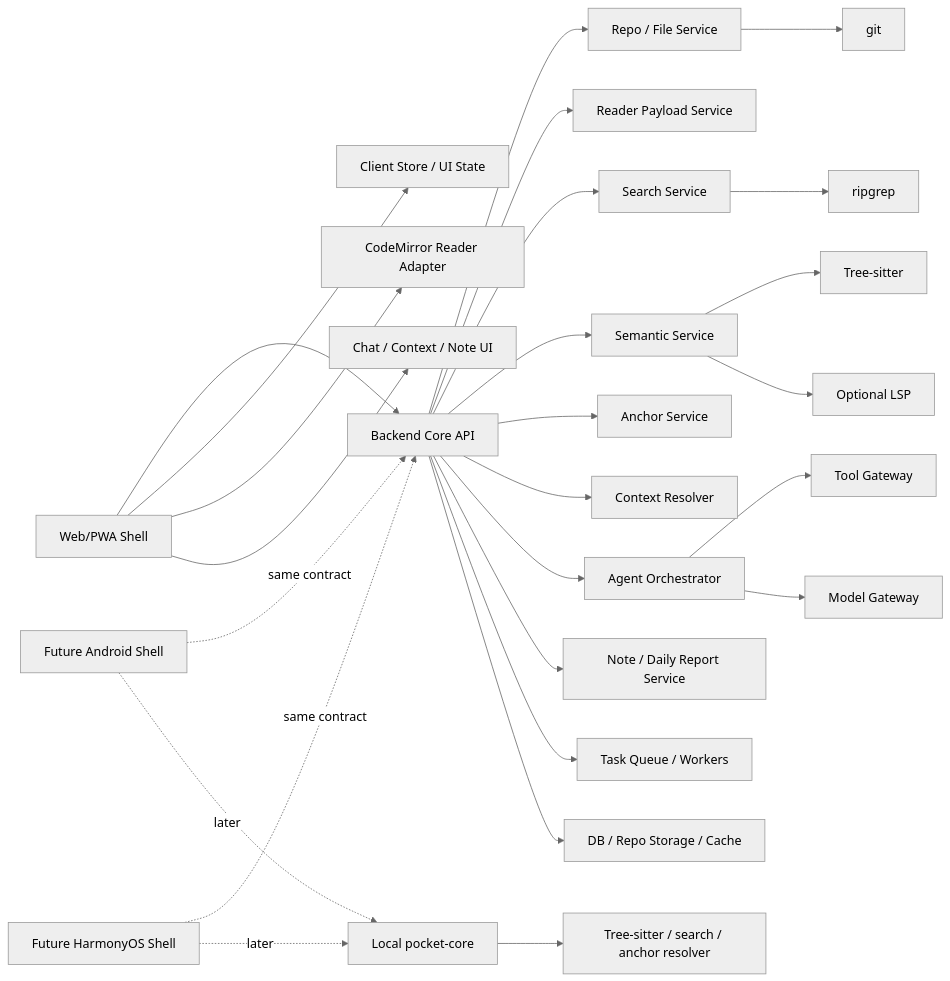
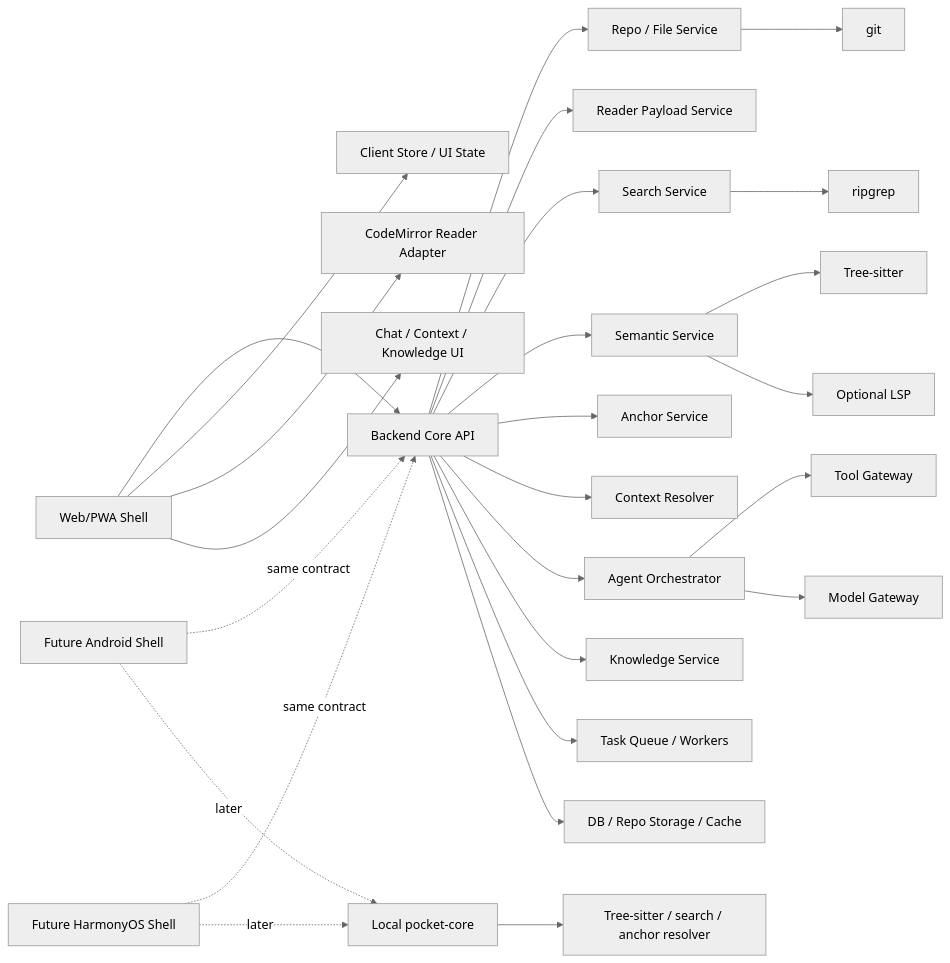
Before and after one commit to zhang-quan-yi/pocket-vibe-v3: the first of 4 diagrams in docs/POCKET_VIBE_WEB_PWA_HIGH_LEVEL_AND_MODULE_DESIGN.md, drawn with Mermaid (neutral theme). The commit also changed other lines of this file and 13 other files, not shown here.

````diff
--- a/docs/POCKET_VIBE_WEB_PWA_HIGH_LEVEL_AND_MODULE_DESIGN.md
+++ b/docs/POCKET_VIBE_WEB_PWA_HIGH_LEVEL_AND_MODULE_DESIGN.md
@@ -70,32 +70,32 @@
 ```mermaid
 flowchart LR
   Web["Web/PWA Shell"] --> Api["Backend Core API"]
   Android["Future Android Shell"] -. same contract .-> Api
   Harmony["Future HarmonyOS Shell"] -. same contract .-> Api
 
   Web --> FrontendState["Client Store / UI State"]
   Web --> Reader["CodeMirror Reader Adapter"]
-  Web --> ChatUI["Chat / Context / Note UI"]
+  Web --> ChatUI["Chat / Context / Knowledge UI"]
 
   Api --> Repo["Repo / File Service"]
   Api --> ReaderPayload["Reader Payload Service"]
   Api --> Search["Search Service"]
   Api --> Semantic["Semantic Service"]
   Api --> Anchor["Anchor Service"]
   Api --> Context["Context Resolver"]
   Api --> Agent["Agent Orchestrator"]
-  Api --> Note["Note / Daily Report Service"]
+  Api --> Knowledge["Knowledge Service"]
   Api --> Task["Task Queue / Workers"]
   Api --> Storage["DB / Repo Storage / Cache"]
 
   Repo --> Git["git"]
   Search --> Ripgrep["ripgrep"]
   Semantic --> TreeSitter["Tree-sitter"]
   Semantic --> LSP["Optional LSP"]
   Agent --> ToolGateway["Tool Gateway"]
   Agent --> ModelGateway["Model Gateway"]
 
   Android -. later .-> LocalCore["Local pocket-core"]
   Harmony -. later .-> LocalCore
   LocalCore --> LocalParse["Tree-sitter / search / anchor resolver"]
 ```
````
